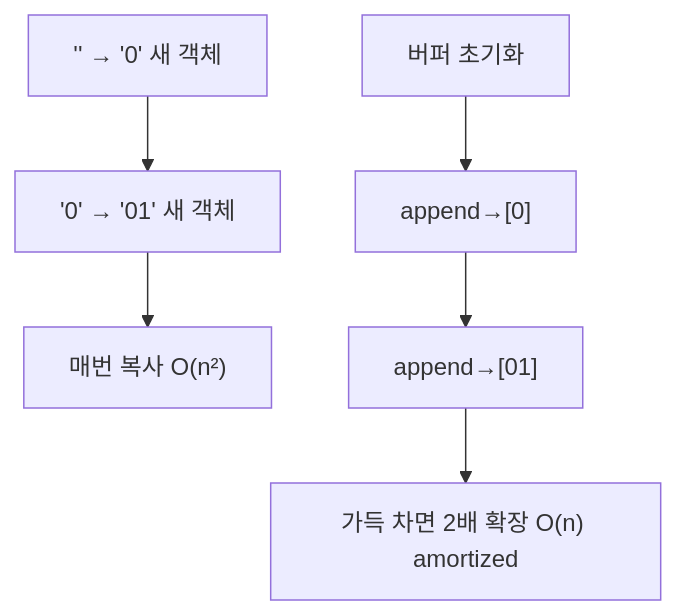
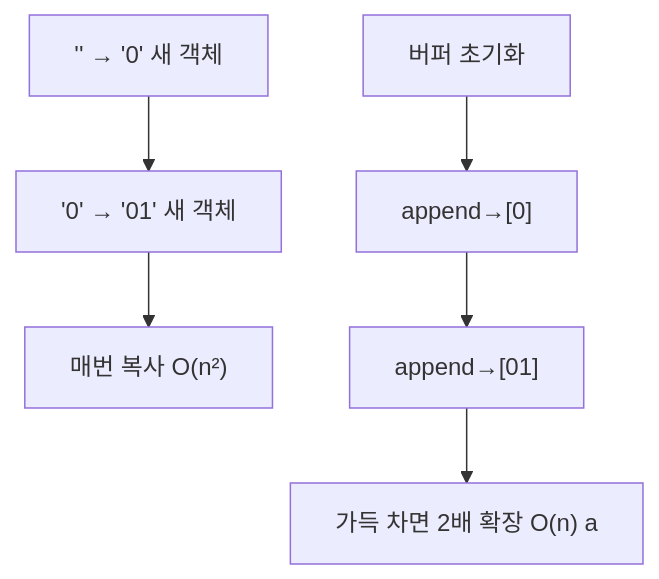
The second of 3 diagrams in _posts/java/2026-05-01-java-string.md (yjkim2015/yjkim2015.github.io), drawn with Mermaid before and after one commit. The commit also changed other lines of this file and 271 other files, not shown here.

First line of the commit message:
Mermaid 라벨 축소: 긴 노드 텍스트 18자 이하로 트림 + \n 제거

````diff
--- a/_posts/java/2026-05-01-java-string.md
+++ b/_posts/java/2026-05-01-java-string.md
@@ -159,5 +155,5 @@
 ```mermaid
 graph TD
     S1["'' → '0' 새 객체"] --> S2["'0' → '01' 새 객체"] --> S3["매번 복사 O(n²)"]
-    B1["버퍼 초기화"] --> B2["append→[0]"] --> B3["append→[01]"] --> B4["가득 차면 2배 확장 O(n) amortized"]
+    B1["버퍼 초기화"] --> B2["append→[0]"] --> B3["append→[01]"] --> B4["가득 차면 2배 확장 O(n) a"]
 ```
````
